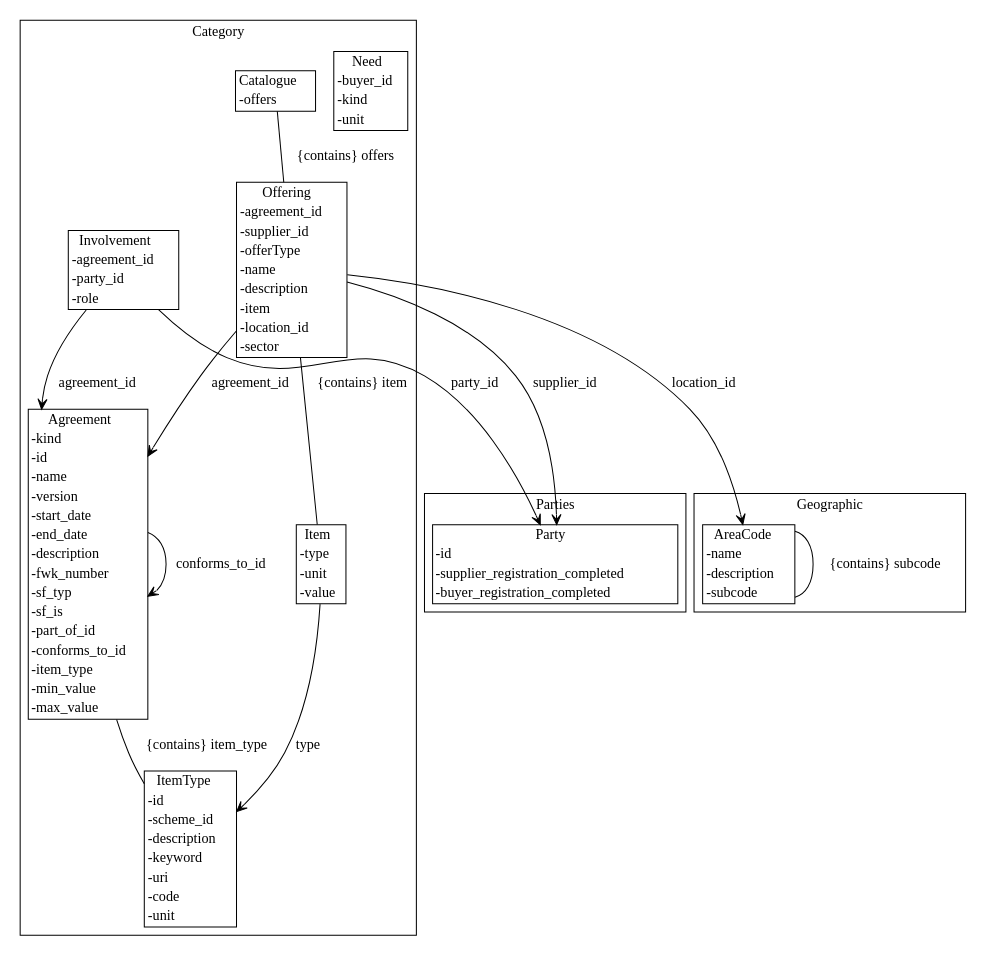
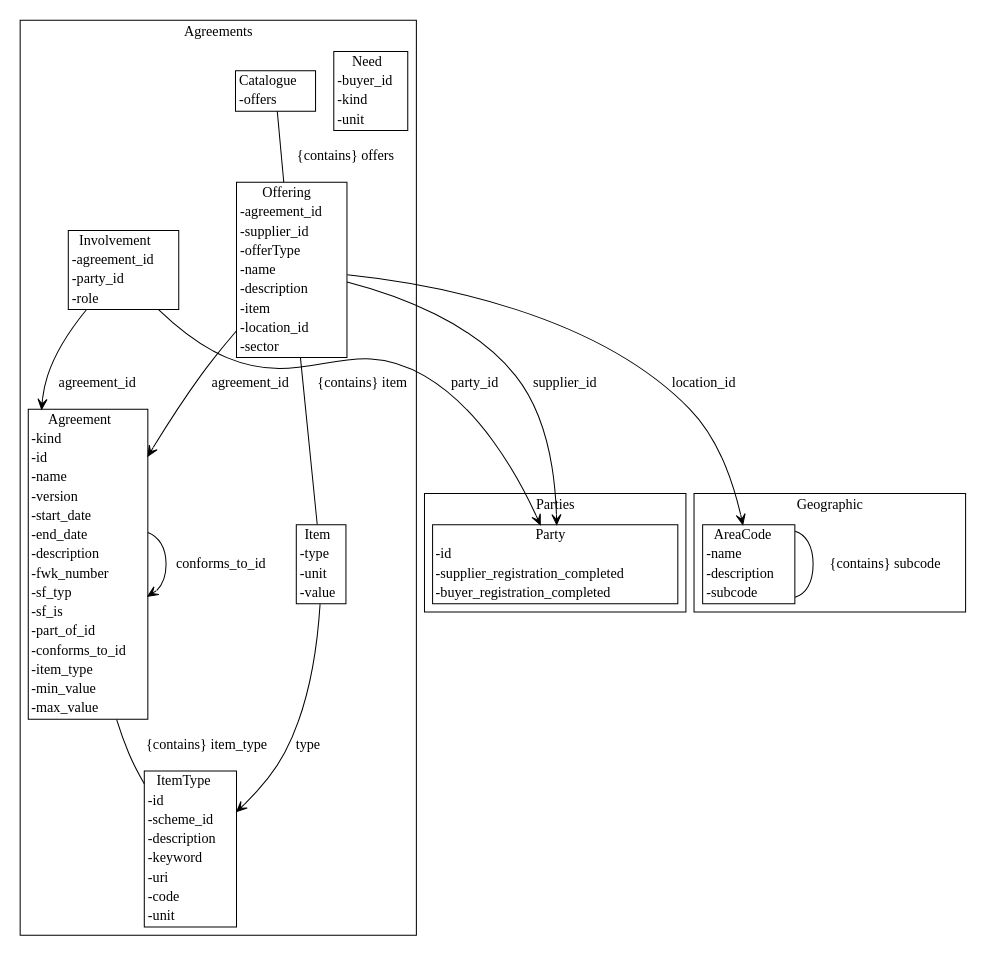
The diagram in agreement-design/gen/diagrams/data_model.dot (Crown-Commercial-Service/cmp-design-prototype), drawn with Graphviz before and after one commit. The commit also changed 9 other files, not shown here.

```diff
--- a/agreement-design/gen/diagrams/data_model.dot
+++ b/agreement-design/gen/diagrams/data_model.dot
@@ -1,35 +1,35 @@
 strict digraph {
-subgraph cluster_Category {
+subgraph cluster_Agreements {
 node [shape=plaintext margin=0];
-label=Category;
+label=Agreements;
 "ItemType" [label=<<table BORDER="1" CELLBORDER="0" CELLSPACING="0"><TH><TD>ItemType</TD></TH><TR><TD ALIGN="LEFT">-id</TD></TR><TR><TD ALIGN="LEFT">-scheme_id</TD></TR><TR><TD ALIGN="LEFT">-description</TD></TR><TR><TD ALIGN="LEFT">-keyword</TD></TR><TR><TD ALIGN="LEFT">-uri</TD></TR><TR><TD ALIGN="LEFT">-code</TD></TR><TR><TD ALIGN="LEFT">-unit</TD></TR></table>>];
 "Need" [label=<<table BORDER="1" CELLBORDER="0" CELLSPACING="0"><TH><TD>Need</TD></TH><TR><TD ALIGN="LEFT">-buyer_id</TD></TR><TR><TD ALIGN="LEFT">-kind</TD></TR><TR><TD ALIGN="LEFT">-unit</TD></TR></table>>];
 "Agreement" [label=<<table BORDER="1" CELLBORDER="0" CELLSPACING="0"><TH><TD>Agreement</TD></TH><TR><TD ALIGN="LEFT">-kind</TD></TR><TR><TD ALIGN="LEFT">-id</TD></TR><TR><TD ALIGN="LEFT">-name</TD></TR><TR><TD ALIGN="LEFT">-version</TD></TR><TR><TD ALIGN="LEFT">-start_date</TD></TR><TR><TD ALIGN="LEFT">-end_date</TD></TR><TR><TD ALIGN="LEFT">-description</TD></TR><TR><TD ALIGN="LEFT">-fwk_number</TD></TR><TR><TD ALIGN="LEFT">-sf_typ</TD></TR><TR><TD ALIGN="LEFT">-sf_is</TD></TR><TR><TD ALIGN="LEFT">-part_of_id</TD></TR><TR><TD ALIGN="LEFT">-conforms_to_id</TD></TR><TR><TD ALIGN="LEFT">-item_type</TD></TR><TR><TD ALIGN="LEFT">-min_value</TD></TR><TR><TD ALIGN="LEFT">-max_value</TD></TR></table>>];
 "Item" [label=<<table BORDER="1" CELLBORDER="0" CELLSPACING="0"><TH><TD>Item</TD></TH><TR><TD ALIGN="LEFT">-type</TD></TR><TR><TD ALIGN="LEFT">-unit</TD></TR><TR><TD ALIGN="LEFT">-value</TD></TR></table>>];
 "Offering" [label=<<table BORDER="1" CELLBORDER="0" CELLSPACING="0"><TH><TD>Offering</TD></TH><TR><TD ALIGN="LEFT">-agreement_id</TD></TR><TR><TD ALIGN="LEFT">-supplier_id</TD></TR><TR><TD ALIGN="LEFT">-offerType</TD></TR><TR><TD ALIGN="LEFT">-name</TD></TR><TR><TD ALIGN="LEFT">-description</TD></TR><TR><TD ALIGN="LEFT">-item</TD></TR><TR><TD ALIGN="LEFT">-location_id</TD></TR><TR><TD ALIGN="LEFT">-sector</TD></TR></table>>];
 "Catalogue" [label=<<table BORDER="1" CELLBORDER="0" CELLSPACING="0"><TH><TD>Catalogue</TD></TH><TR><TD ALIGN="LEFT">-offers</TD></TR></table>>];
 "Involvement" [label=<<table BORDER="1" CELLBORDER="0" CELLSPACING="0"><TH><TD>Involvement</TD></TH><TR><TD ALIGN="LEFT">-agreement_id</TD></TR><TR><TD ALIGN="LEFT">-party_id</TD></TR><TR><TD ALIGN="LEFT">-role</TD></TR></table>>];
 }
 subgraph cluster_Parties {
 node [shape=plaintext margin=0];
 label=Parties;
 "Party" [label=<<table BORDER="1" CELLBORDER="0" CELLSPACING="0"><TH><TD>Party</TD></TH><TR><TD ALIGN="LEFT">-id</TD></TR><TR><TD ALIGN="LEFT">-supplier_registration_completed</TD></TR><TR><TD ALIGN="LEFT">-buyer_registration_completed</TD></TR></table>>];
 }
 subgraph cluster_Geographic {
 node [shape=plaintext margin=0];
 label=Geographic;
 "AreaCode" [label=<<table BORDER="1" CELLBORDER="0" CELLSPACING="0"><TH><TD>AreaCode</TD></TH><TR><TD ALIGN="LEFT">-name</TD></TR><TR><TD ALIGN="LEFT">-description</TD></TR><TR><TD ALIGN="LEFT">-subcode</TD></TR></table>>];
 }
 "Agreement" -> "Agreement" [label="part_of_id" arrowhead = "open" arrowtail = "none" ];
 "Agreement" -> "Agreement" [label="conforms_to_id" arrowhead = "open" arrowtail = "none" ];
 "Agreement" -> "ItemType" [label="{contains} item_type" arrowhead = "none" arrowtail = "diamond" ];
 "Item" -> "ItemType" [label="type" arrowhead = "open" arrowtail = "none" ];
 "Offering" -> "Agreement" [label="agreement_id" arrowhead = "open" arrowtail = "none" ];
 "Offering" -> "Party" [label="supplier_id" arrowhead = "open" arrowtail = "none" ];
 "Offering" -> "Item" [label="{contains} item" arrowhead = "none" arrowtail = "diamond" ];
 "Offering" -> "AreaCode" [label="location_id" arrowhead = "open" arrowtail = "none" ];
 "Catalogue" -> "Offering" [label="{contains} offers" arrowhead = "none" arrowtail = "diamond" ];
 "Involvement" -> "Agreement" [label="agreement_id" arrowhead = "open" arrowtail = "none" ];
 "Involvement" -> "Party" [label="party_id" arrowhead = "open" arrowtail = "none" ];
 "AreaCode" -> "AreaCode" [label="{contains} subcode" arrowhead = "none" arrowtail = "diamond" ];
 }
```
